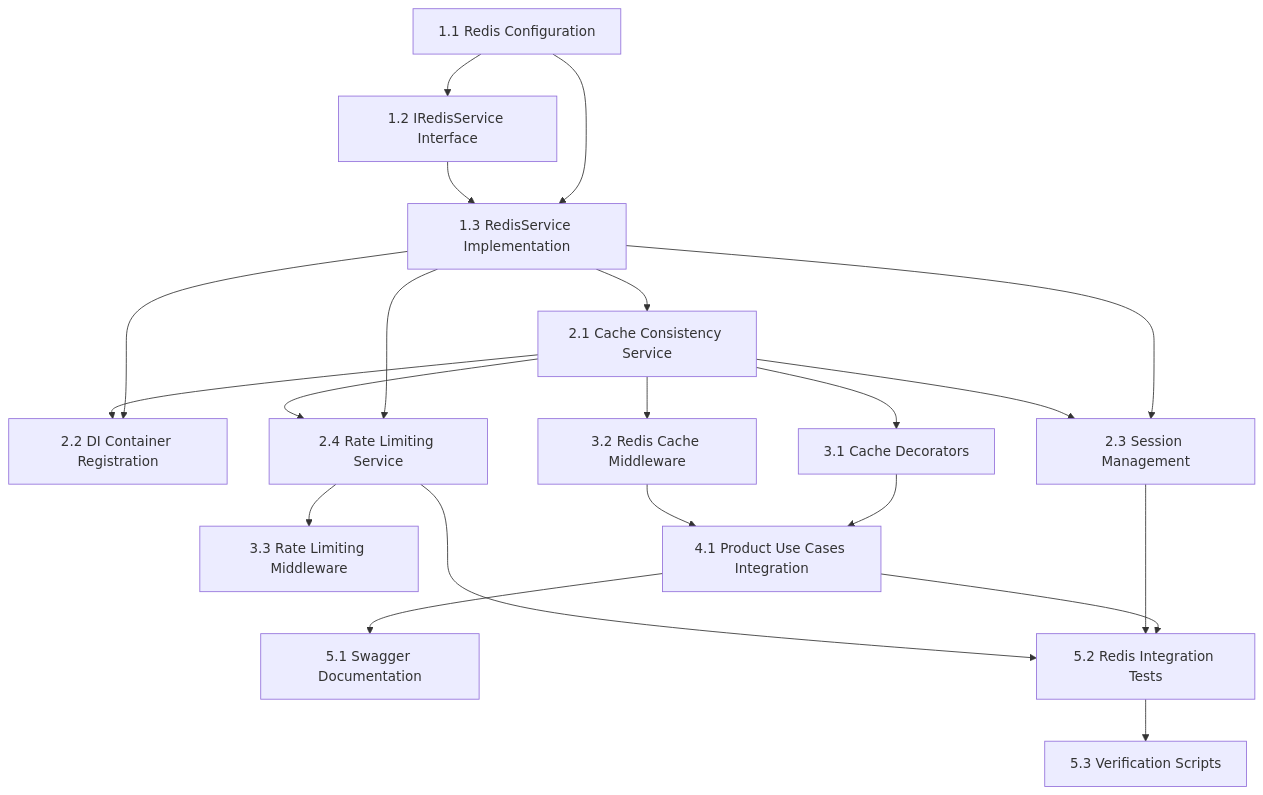
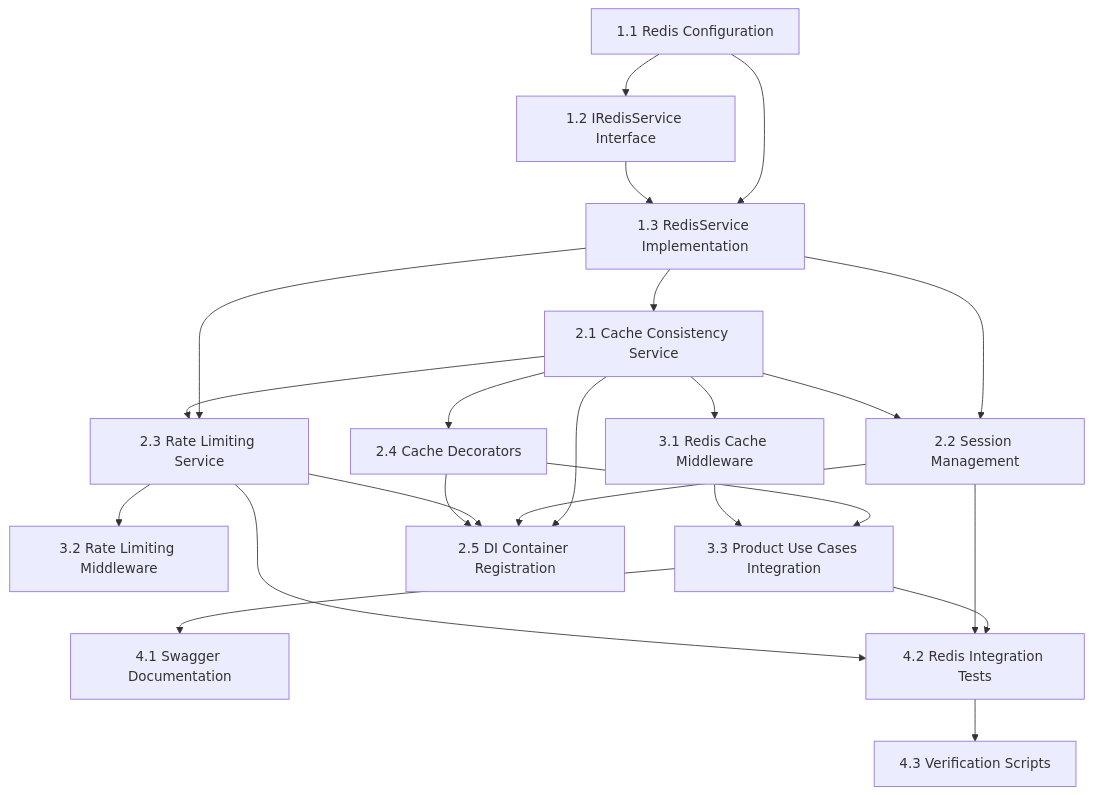
The diagram in docs/implementation-plans/09-redis-implementation-plan.md (guru9/jollyJet), drawn with Mermaid before and after one commit. The commit also changed other lines of this file and 1 other file, not shown here.

Commit message:
redis cache plans and task been updated

````diff
--- a/docs/implementation-plans/09-redis-implementation-plan.md
+++ b/docs/implementation-plans/09-redis-implementation-plan.md
@@ -24,23 +24,25 @@
 ```mermaid
 graph TD
     A[1.1 Redis Configuration] --> B[1.2 IRedisService Interface]
     A --> C[1.3 RedisService Implementation]
     B --> C
     C --> D[2.1 Cache Consistency Service]
-    C --> E[2.2 DI Container Registration]
-    C --> F[2.3 Session Management]
-    C --> G[2.4 Rate Limiting Service]
-    D --> E
+    C --> F[2.2 Session Management]
+    C --> G[2.3 Rate Limiting Service]
     D --> F
     D --> G
-    D --> H[3.1 Cache Decorators]
-    D --> I[3.2 Redis Cache Middleware]
-    G --> J[3.3 Rate Limiting Middleware]
-    H --> K[4.1 Product Use Cases Integration]
+    D --> H[2.4 Cache Decorators]
+    D --> I[3.1 Redis Cache Middleware]
+    G --> J[3.2 Rate Limiting Middleware]
+    H --> K[3.3 Product Use Cases Integration]
     I --> K
-    K --> L[5.1 Swagger Documentation]
-    K --> M[5.2 Redis Integration Tests]
+    K --> L[4.1 Swagger Documentation]
+    K --> M[4.2 Redis Integration Tests]
     F --> M
     G --> M
-    M --> N[5.3 Verification Scripts]
+    M --> N[4.3 Verification Scripts]
+    D --> E[2.5 DI Container Registration]
+    F --> E
+    G --> E
+    H --> E
 ```
````
